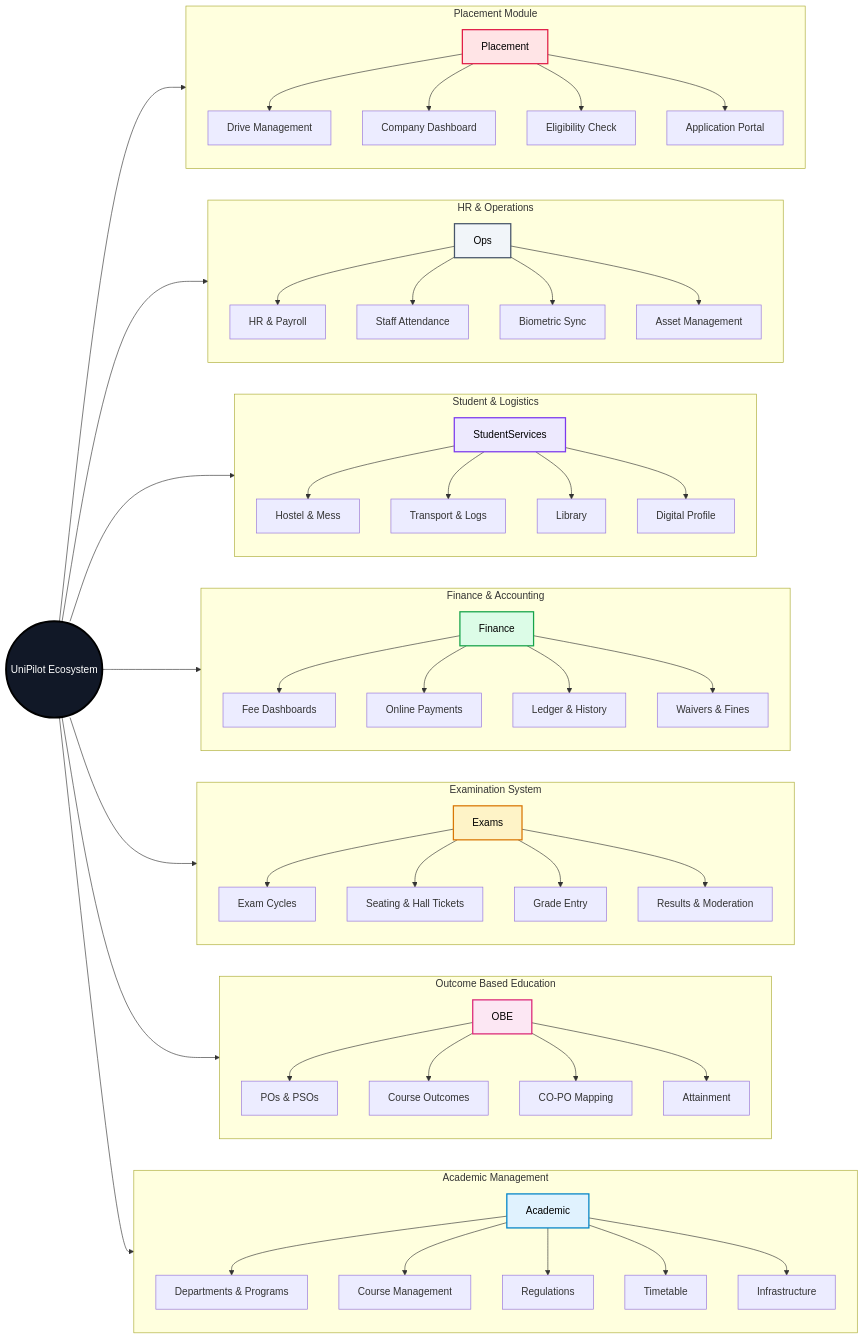
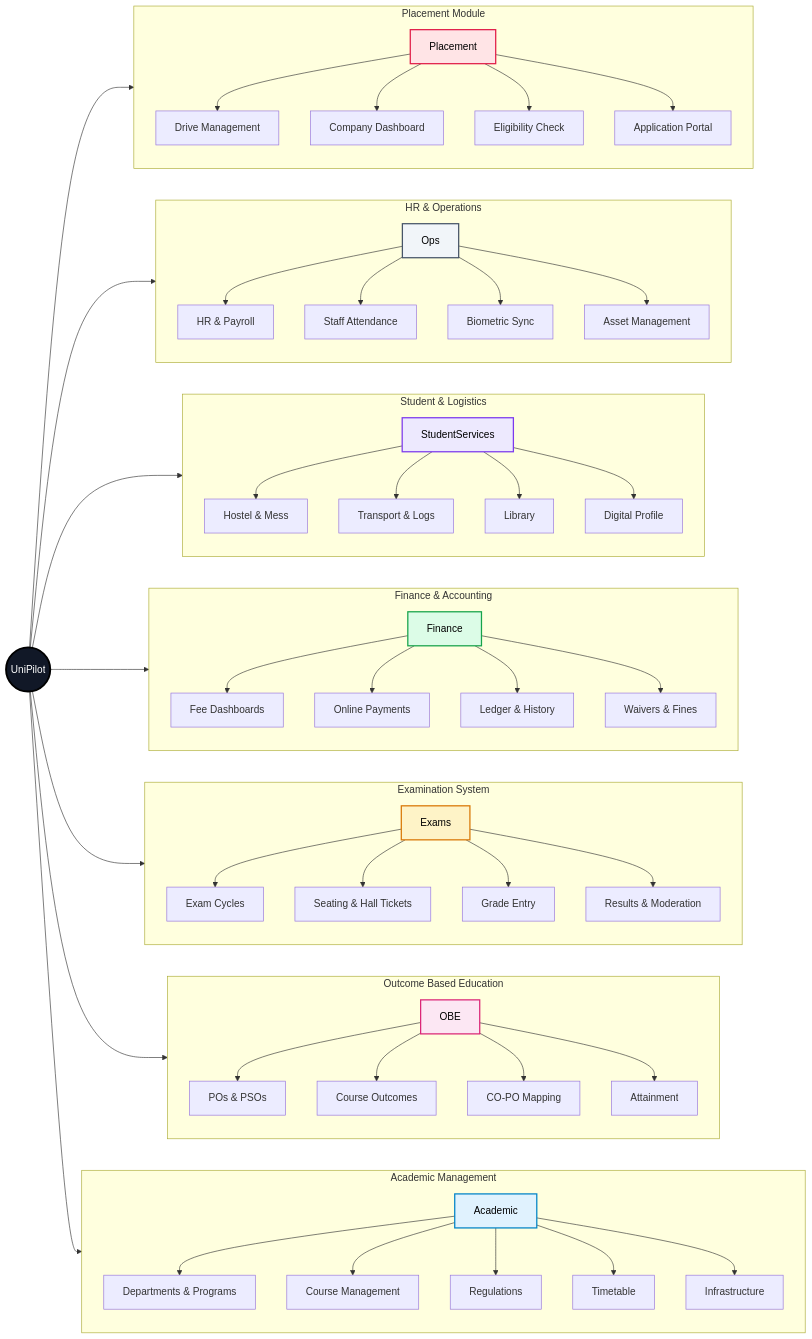
One commit to gspavan07/UniPilot changed the second of 2 diagrams in UniPilot-Main/ARCHITECTURE.md. Above: the diagram before and after it, drawn with Mermaid.

Commit message:
Update ecosystem name from 'UniPilot Ecosystem' to 'UniPilot'

````diff
--- a/UniPilot-Main/ARCHITECTURE.md
+++ b/UniPilot-Main/ARCHITECTURE.md
@@ -155,82 +155,82 @@
 ```mermaid
 graph LR
-    Root((UniPilot Ecosystem))
+    Root((UniPilot))
 
     Root --> Academic
     Root --> OBE
     Root --> Exams
     Root --> Finance
     Root --> StudentServices
     Root --> Ops
     Root --> Placement
 
 
     subgraph "Academic Management"
         direction TB
         Academic --> DeptProg[Departments & Programs]
         Academic --> CourseMgmt[Course Management]
         Academic --> Regs[Regulations]
         Academic --> TTable[Timetable]
         Academic --> Infra[Infrastructure]
     end
 
    
     subgraph "Outcome Based Education"
         direction TB
         OBE --> POs[POs & PSOs]
         OBE --> COs[Course Outcomes]
         OBE --> Mapping[CO-PO Mapping]
         OBE --> Attain[Attainment]
     end
 
     subgraph "Examination System"
         direction TB
         Exams --> Cycles[Exam Cycles]
         Exams --> Seating[Seating & Hall Tickets]
         Exams --> Grades[Grade Entry]
         Exams --> Results[Results & Moderation]
     end
 
     subgraph "Finance & Accounting"
         direction TB
         Finance --> FeeDash[Fee Dashboards]
         Finance --> Payments[Online Payments]
         Finance --> Ledger[Ledger & History]
         Finance --> Waivers[Waivers & Fines]
     end
 
     subgraph "Student & Logistics"
         direction TB
         StudentServices --> Hostel[Hostel & Mess]
         StudentServices --> Transport[Transport & Logs]
         StudentServices --> Library[Library]
         StudentServices --> Profile[Digital Profile]
     end
 
     subgraph "HR & Operations"
         direction TB
         Ops --> HRPayroll[HR & Payroll]
         Ops --> Attendance[Staff Attendance]
         Ops --> Biometric[Biometric Sync]
         Ops --> Assets[Asset Management]
     end
 
     subgraph "Placement Module"
         direction TB
         Placement --> DriveMgmt[Drive Management]
         Placement --> CompDash[Company Dashboard]
         Placement --> Eligibility[Eligibility Check]
         Placement --> Portal[Application Portal]
     end
 
     style Root fill:#111827,color:#fff,stroke:#000,stroke-width:3px
 
     style Academic fill:#E0F2FE, color:#000,stroke:#0284C7,stroke-width:2px
     style OBE fill:#FCE7F3,color:#000,stroke:#DB2777,stroke-width:2px
     style Exams fill:#FEF3C7,color:#000,stroke:#D97706,stroke-width:2px
     style Finance fill:#DCFCE7,color:#000,stroke:#16A34A,stroke-width:2px
     style StudentServices fill:#EDE9FE,color:#000,stroke:#7C3AED,stroke-width:2px
     style Ops fill:#F1F5F9,color:#000,stroke:#475569,stroke-width:2px
     style Placement fill:#FFE4E6,color:#000,stroke:#E11D48,stroke-width:2px
 
 ```
````
